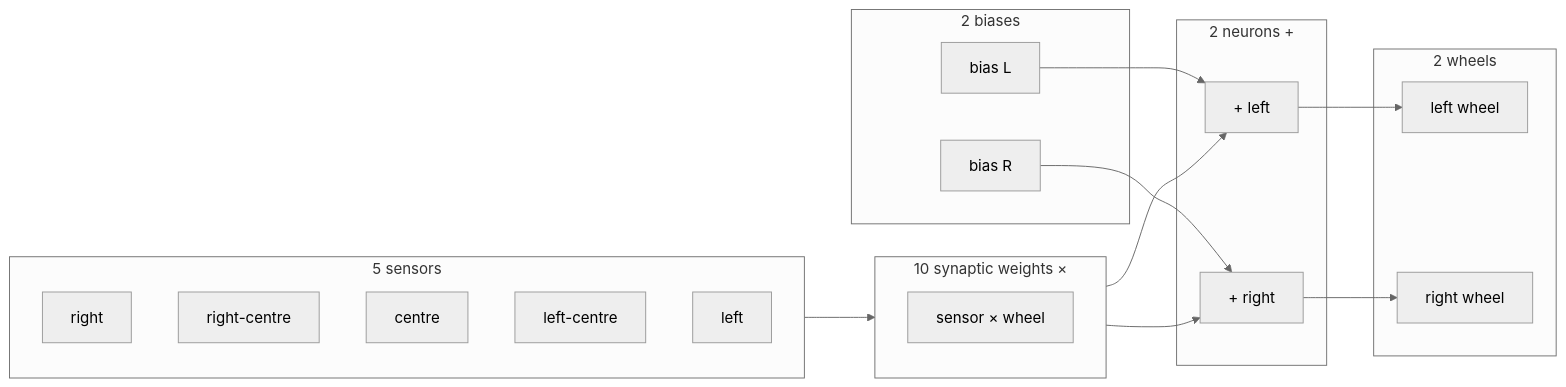
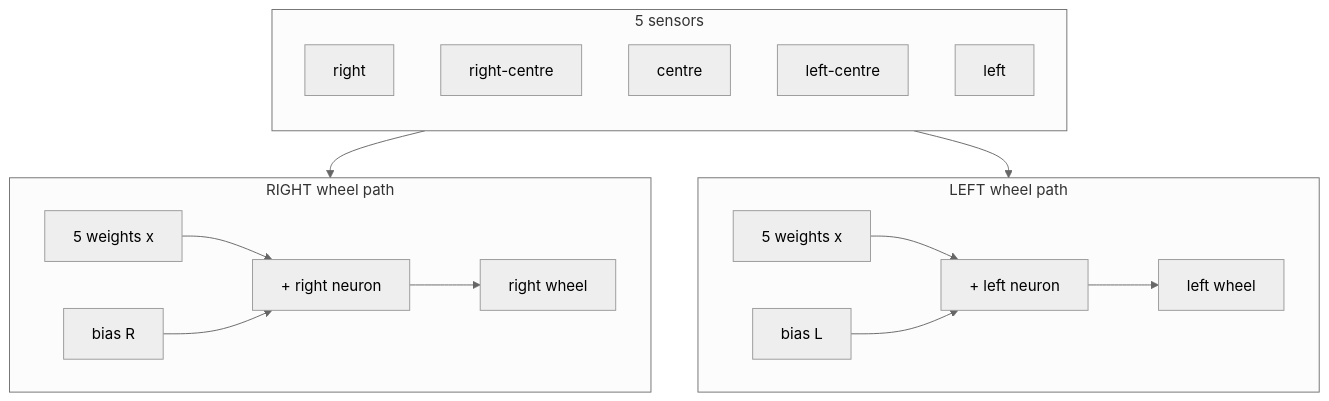
One commit to FrancescoMondada/Thymio3-ANN-Edu changed the diagram in docs/class-plan.md. Above: the diagram before and after it, drawn with Mermaid (neutral theme). The commit also changed other lines of this file and 2 other files, not shown here.

Commit message:
Redraw teacher ANN diagram: left/right weight stacks, clear biases.
Use ASCII x/+ symbols, put five left weights on top and five right weights
below, and keep biases on the side so lines no longer cross their labels.

````diff
--- a/docs/class-plan.md
+++ b/docs/class-plan.md
@@ -37,37 +37,36 @@
 ```mermaid
-flowchart LR
+flowchart TB
   subgraph sensors["5 sensors"]
+    direction TB
     S1[right]
     S2[right-centre]
     S3[centre]
     S4[left-centre]
     S5[left]
   end
 
-  subgraph weights["10 synaptic weights ×"]
-    W[sensor × wheel]
+  subgraph leftPath["LEFT wheel path"]
+    direction LR
+    WL["5 weights x"]
+    BL[bias L]
+    NL["+ left neuron"]
+    ML[left wheel]
+    WL --> NL
+    BL --> NL
+    NL --> ML
   end
 
-  subgraph biases["2 biases"]
-    BL[bias L]
+  subgraph rightPath["RIGHT wheel path"]
+    direction LR
+    WR["5 weights x"]
     BR[bias R]
+    NR["+ right neuron"]
+    MR[right wheel]
+    WR --> NR
+    BR --> NR
+    NR --> MR
   end
 
-  subgraph neurons["2 neurons +"]
-    NL["+ left"]
-    NR["+ right"]
-  end
-
-  subgraph wheels["2 wheels"]
-    ML[left wheel]
-    MR[right wheel]
-  end
-
-  sensors --> weights
-  weights --> NL
-  weights --> NR
-  BL --> NL
-  BR --> NR
-  NL --> ML
-  NR --> MR
+  sensors --> WL
+  sensors --> WR
 ```
````
